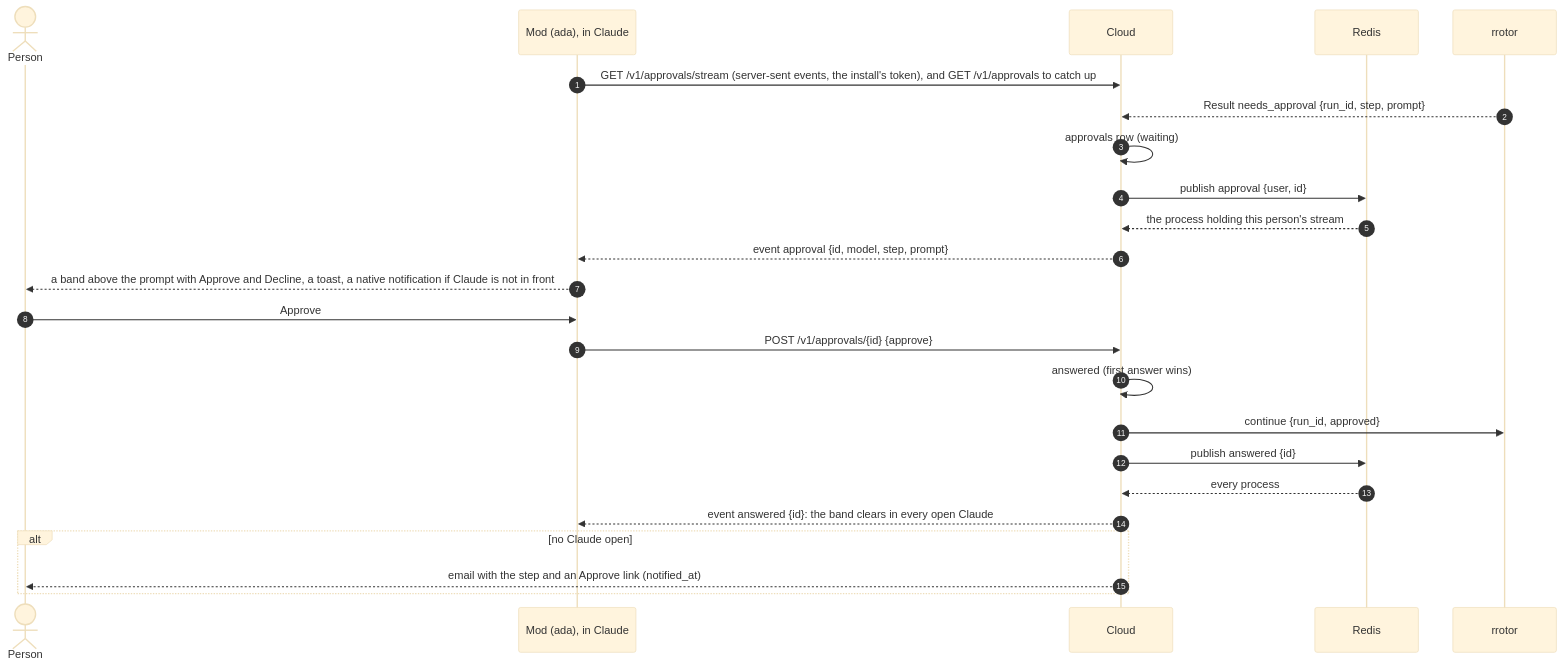
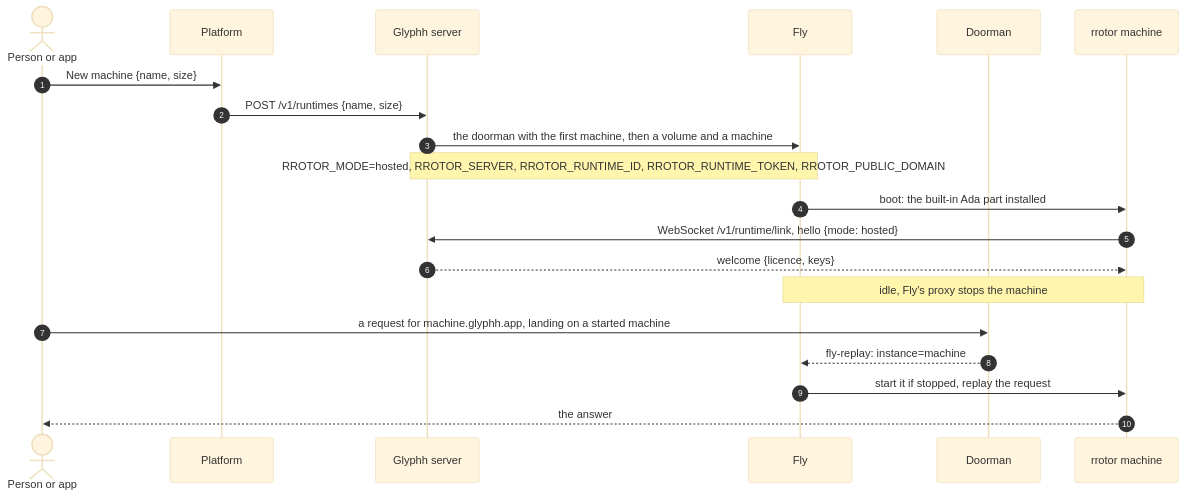
Before and after one commit to glyphh-ai/rrotor: the third of 5 diagrams in docs/architecture.md, drawn with Mermaid (base theme). The commit also changed other lines of this file and 17 other files, not shown here.

Commit message:
docs/architecture.md as rrotor works today: hosted and self-hosted runtimes reached as a connector, the Ada skill in the glyphh plugin, no mods; Not built yet in one place; diagrams redrawn

````diff
--- a/docs/architecture.md
+++ b/docs/architecture.md
@@ -368,26 +128,22 @@
 ```mermaid
 sequenceDiagram
     autonumber
-    actor P as Person
-    participant M as Mod (ada), in Claude
-    participant G as Cloud
-    participant Q as Redis
-    participant H as rrotor
-    M->>G: GET /v1/approvals/stream (server-sent events, the install's token), and GET /v1/approvals to catch up
-    H-->>G: Result needs_approval {run_id, step, prompt}
-    G->>G: approvals row (waiting)
-    G->>Q: publish approval {user, id}
-    Q-->>G: the process holding this person's stream
-    G-->>M: event approval {id, model, step, prompt}
-    M-->>P: a band above the prompt with Approve and Decline, a toast, a native notification if Claude is not in front
-    P->>M: Approve
-    M->>G: POST /v1/approvals/{id} {approve}
-    G->>G: answered (first answer wins)
-    G->>H: continue {run_id, approved}
-    G->>Q: publish answered {id}
-    Q-->>G: every process
-    G-->>M: event answered {id}: the band clears in every open Claude
-    alt no Claude open
-        G-->>P: email with the step and an Approve link (notified_at)
-    end
+    actor P as Person or app
+    participant W as Platform
+    participant G as Glyphh server
+    participant F as Fly
+    participant D as Doorman
+    participant R as rrotor machine
+    P->>W: New machine {name, size}
+    W->>G: POST /v1/runtimes {name, size}
+    G->>F: the doorman with the first machine, then a volume and a machine
+    Note over G,F: RROTOR_MODE=hosted, RROTOR_SERVER, RROTOR_RUNTIME_ID, RROTOR_RUNTIME_TOKEN, RROTOR_PUBLIC_DOMAIN
+    F->>R: boot: the built-in Ada part installed
+    R->>G: WebSocket /v1/runtime/link, hello {mode: hosted}
+    G-->>R: welcome {licence, keys}
+    Note over F,R: idle, Fly's proxy stops the machine
+    P->>D: a request for machine.glyphh.app, landing on a started machine
+    D-->>F: fly-replay: instance=machine
+    F->>R: start it if stopped, replay the request
+    R-->>P: the answer
 ```
````
